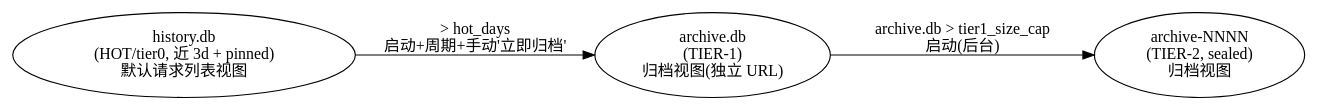
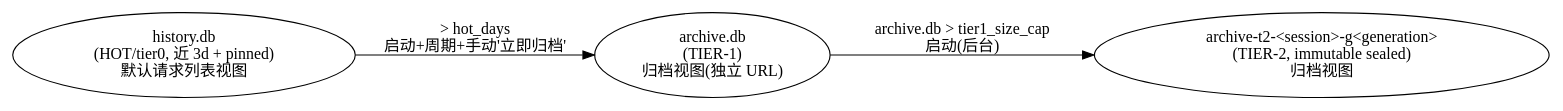
One commit to puxu-msft/copilot-api-js changed the diagram in docs/spec/2026-07-14-history-tiered-archive.md. Above: the diagram before and after it, drawn with Graphviz. The commit also changed other lines of this file and 15 other files, not shown here.

````diff
--- a/docs/spec/2026-07-14-history-tiered-archive.md
+++ b/docs/spec/2026-07-14-history-tiered-archive.md
@@ -34,10 +36,10 @@
 ```dot
 digraph tiered {
   rankdir=LR;
   HOT [label="history.db\n(HOT/tier0, 近 3d + pinned)\n默认请求列表视图"];
   T1  [label="archive.db\n(TIER-1)\n归档视图(独立 URL)"];
-  T2  [label="archive-NNNN\n(TIER-2, sealed)\n归档视图"];
+  T2  [label="archive-t2-<session>-g<generation>\n(TIER-2, immutable sealed)\n归档视图"];
   HOT -> T1 [label="> hot_days\n启动+周期+手动'立即归档'"];
   T1  -> T2 [label="archive.db > tier1_size_cap\n启动(后台)"];
 }
 ```
````
